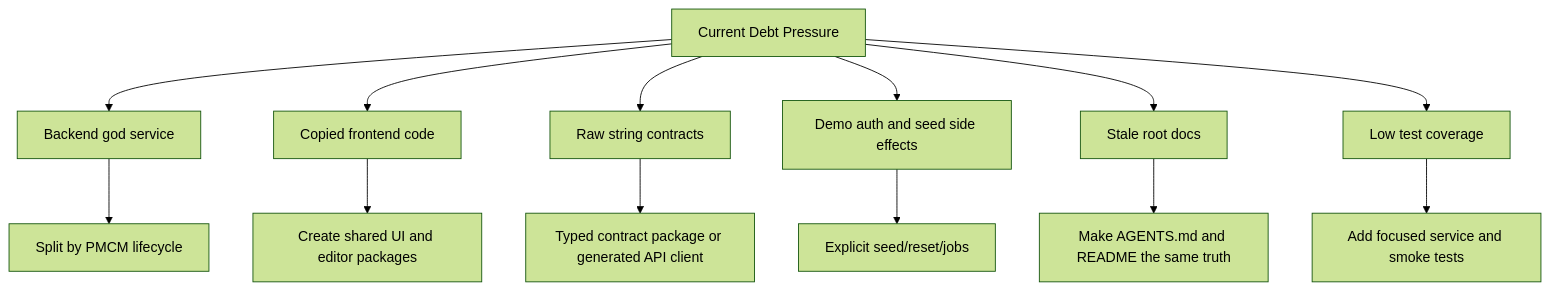
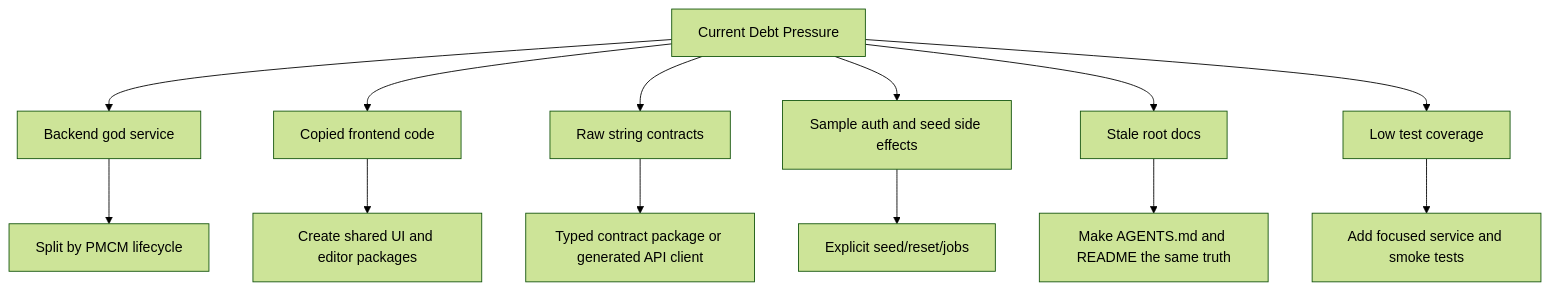
The second of 6 diagrams in apps/event/docs/prism-maintainability-tech-debt-audit.md (The-Team-CG/prism), drawn with Mermaid (forest theme) before and after one commit. The commit also changed other lines of this file and 88 other files, not shown here.

````diff
--- a/apps/event/docs/prism-maintainability-tech-debt-audit.md
+++ b/apps/event/docs/prism-maintainability-tech-debt-audit.md
@@ -38,16 +38,16 @@
 ```mermaid
 flowchart TD
   A[Current Debt Pressure] --> B[Backend god service]
   A --> C[Copied frontend code]
   A --> D[Raw string contracts]
-  A --> E[Demo auth and seed side effects]
+  A --> E[Sample auth and seed side effects]
   A --> F[Stale root docs]
   A --> G[Low test coverage]
 
   B --> H[Split by PMCM lifecycle]
   C --> I[Create shared UI and editor packages]
   D --> J[Typed contract package or generated API client]
   E --> K[Explicit seed/reset/jobs]
   F --> L[Make AGENTS.md and README the same truth]
   G --> M[Add focused service and smoke tests]
 ```
````
